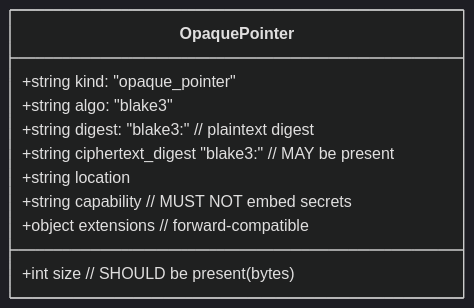
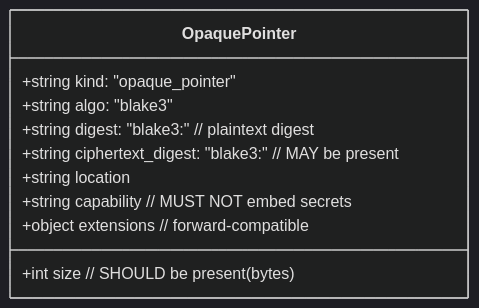
The second of 4 diagrams in docs/decisions/ADR-0004/DECISION.md (flyingrobots/gatos), drawn with Mermaid (dark theme) before and after one commit. The commit also changed other lines of this file and 4 other files, not shown here.

````diff
--- a/docs/decisions/ADR-0004/DECISION.md
+++ b/docs/decisions/ADR-0004/DECISION.md
@@ -90,13 +90,13 @@
 ```mermaid
 classDiagram
     class OpaquePointer {
         +string kind: "opaque_pointer"
         +string algo: "blake3"
         +string digest: "blake3:<hex>"            // plaintext digest
-        +string ciphertext_digest "blake3:<hex>"  // MAY be present
+        +string ciphertext_digest: "blake3:<hex>"  // MAY be present
         +int    size                                // SHOULD be present (bytes)
         +string location
         +string capability                          // MUST NOT embed secrets
         +object extensions                          // forward-compatible
     }
 ```
````
